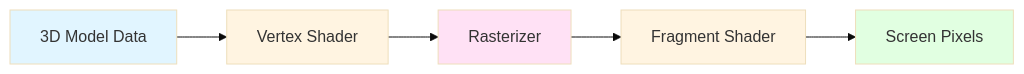
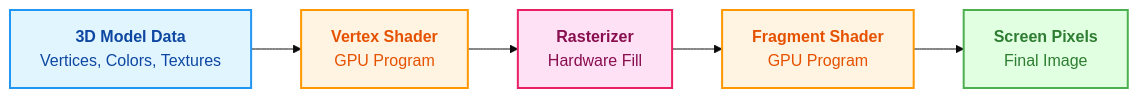
Before and after one commit to john-savepoint/makosource: the first of 10 diagrams in sdf_font/docs/GRAPHICS_FUNDAMENTALS_AND_SDF_EXPLAINED.md, drawn with Mermaid (base theme). The commit also changed other lines of this file, not shown here.

First line of the commit message:
docs(graphics): add rendered Mermaid diagrams via mcp-mermaid server

````diff
--- a/sdf_font/docs/GRAPHICS_FUNDAMENTALS_AND_SDF_EXPLAINED.md
+++ b/sdf_font/docs/GRAPHICS_FUNDAMENTALS_AND_SDF_EXPLAINED.md
@@ -36,13 +38,20 @@
 ```mermaid
-graph LR
-    A[3D Model Data] --> B[Vertex Shader]
-    B --> C[Rasterizer]
-    C --> D[Fragment Shader]
-    D --> E[Screen Pixels]
+flowchart LR
+    classDef input fill:#e1f5ff,stroke:#2196f3,stroke-width:2px,color:#0d47a1
+    classDef shader fill:#fff4e1,stroke:#ff9800,stroke-width:2px,color:#e65100
+    classDef process fill:#ffe1f5,stroke:#e91e63,stroke-width:2px,color:#880e4f
+    classDef output fill:#e1ffe1,stroke:#4caf50,stroke-width:2px,color:#2e7d32
 
-    style A fill:#e1f5ff
-    style B fill:#fff4e1
-    style C fill:#ffe1f5
-    style D fill:#fff4e1
-    style E fill:#e1ffe1
+    A["`**3D Model Data**
+Vertices, Colors, Textures`"]:::input
+    B["`**Vertex Shader**
+GPU Program`"]:::shader
+    C["`**Rasterizer**
+Hardware Fill`"]:::process
+    D["`**Fragment Shader**
+GPU Program`"]:::shader
+    E["`**Screen Pixels**
+Final Image`"]:::output
+
+    A --> B --> C --> D --> E
 ```
````
